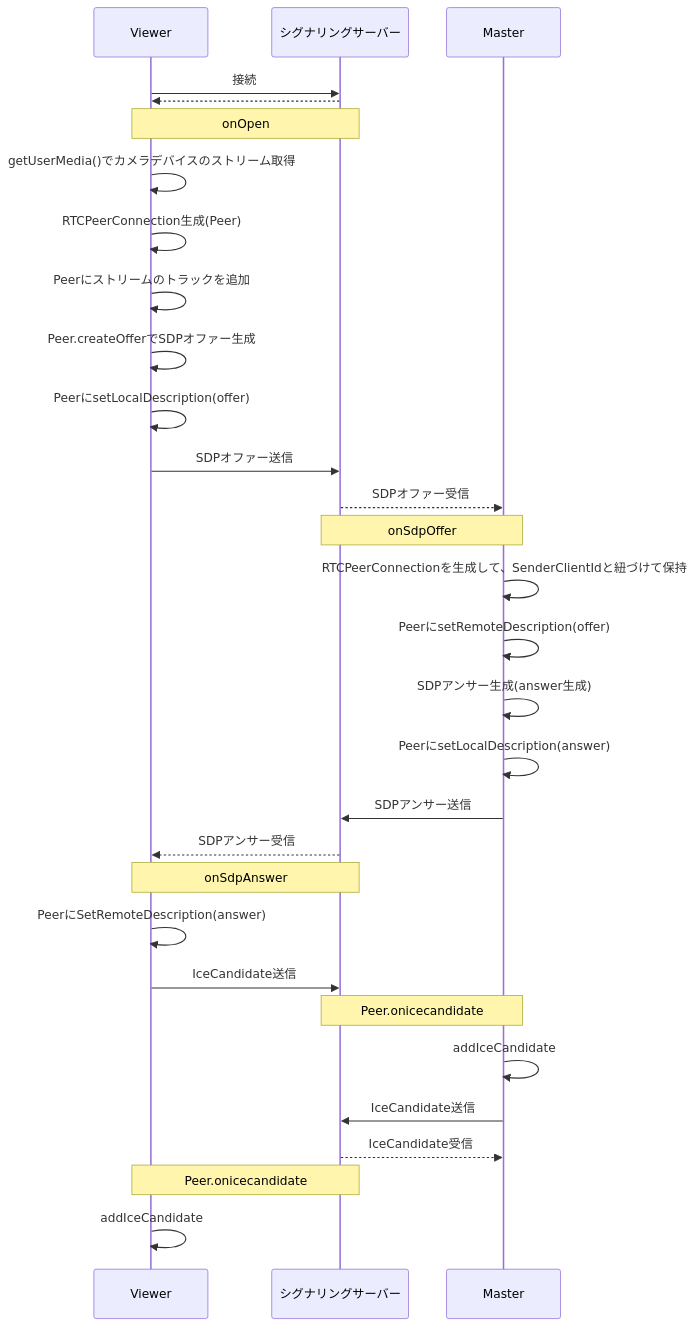
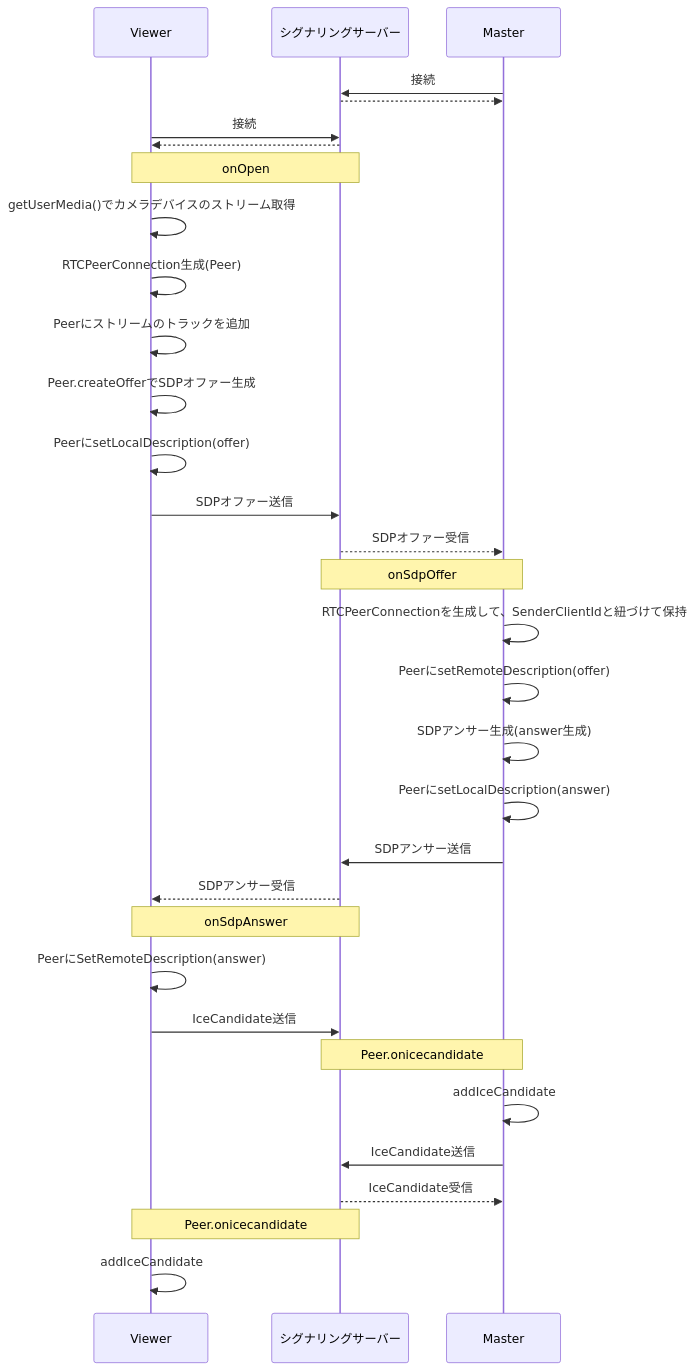
Before and after one commit to shoet/react-webrtc-kinesis-example: the diagram in README.md, drawn with Mermaid. The commit also changed 3 other files, not shown here.

````diff
--- a/README.md
+++ b/README.md
@@ -5,33 +5,35 @@
 ```mermaid
 sequenceDiagram
   participant Viewer
   participant シグナリングサーバー
   participant Master
 
+  Master->>シグナリングサーバー: 接続
+  シグナリングサーバー-->>Master: 
   Viewer->>シグナリングサーバー: 接続
   シグナリングサーバー-->>Viewer: 
   Note over Viewer,シグナリングサーバー: onOpen
   Viewer->>Viewer: getUserMedia()でカメラデバイスのストリーム取得
   Viewer->>Viewer: RTCPeerConnection生成(Peer)
   Viewer->>Viewer: Peerにストリームのトラックを追加
   Viewer->>Viewer: Peer.createOfferでSDPオファー生成
   Viewer->>Viewer: PeerにsetLocalDescription(offer)
   Viewer->>シグナリングサーバー: SDPオファー送信
   シグナリングサーバー-->>Master: SDPオファー受信
   Note over シグナリングサーバー,Master: onSdpOffer
   Master->>Master: RTCPeerConnectionを生成して、SenderClientIdと紐づけて保持
   Master->>Master: PeerにsetRemoteDescription(offer)
   Master->>Master: SDPアンサー生成(answer生成)
   Master->>Master: PeerにsetLocalDescription(answer)
   Master->>シグナリングサーバー: SDPアンサー送信
   シグナリングサーバー-->>Viewer: SDPアンサー受信
   Note over Viewer,シグナリングサーバー: onSdpAnswer
   Viewer->>Viewer: PeerにSetRemoteDescription(answer)
   Viewer->>シグナリングサーバー: IceCandidate送信
   Note over シグナリングサーバー,Master: Peer.onicecandidate
   Master->>Master: addIceCandidate
   Master->>シグナリングサーバー: IceCandidate送信
   シグナリングサーバー-->>Master: IceCandidate受信
   Note over Viewer,シグナリングサーバー: Peer.onicecandidate
   Viewer->>Viewer: addIceCandidate
 ```
````
